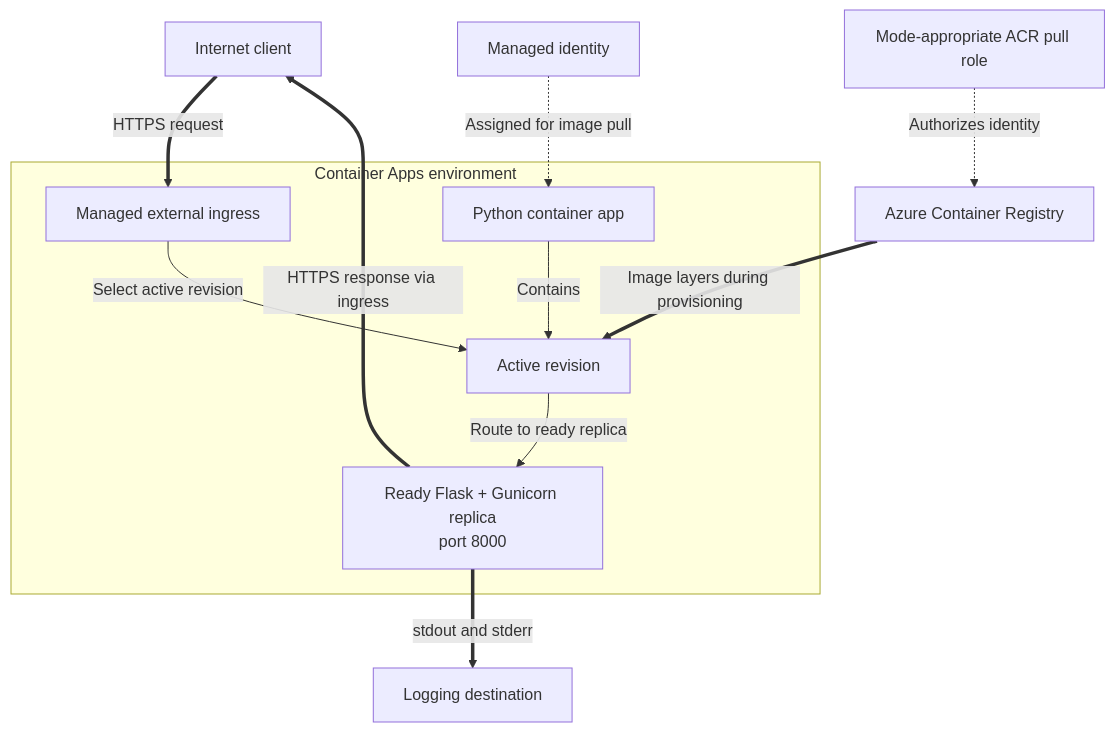
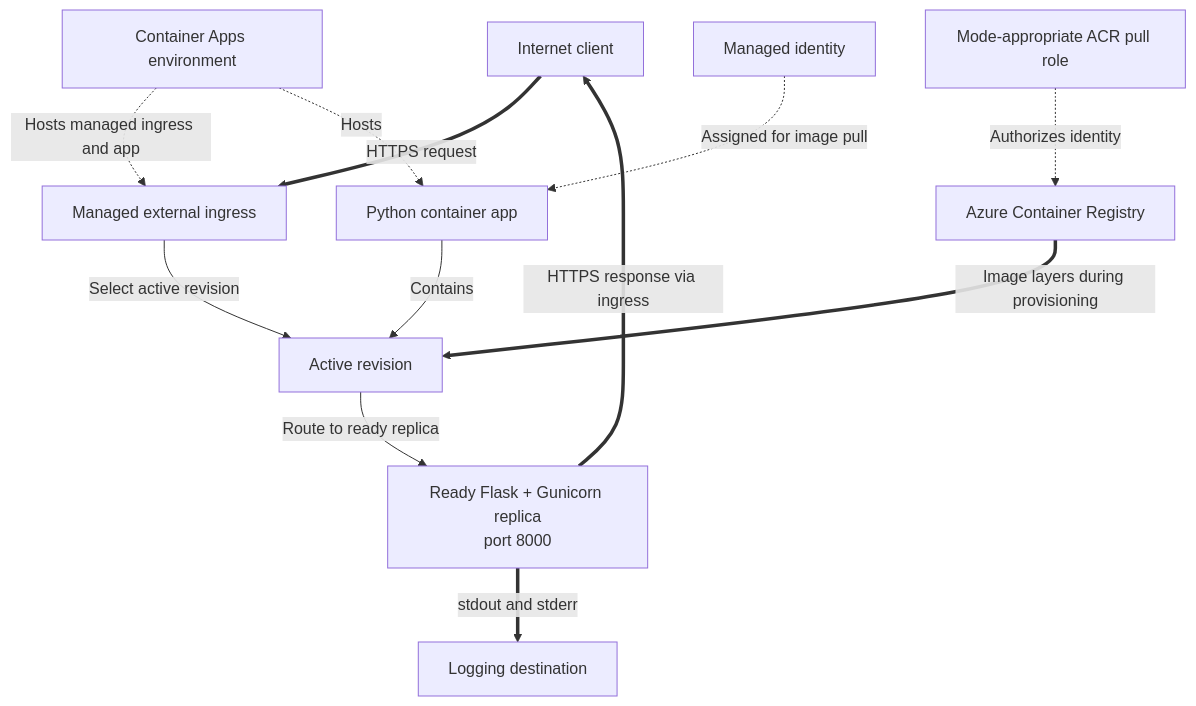
The first of 3 diagrams in docs/language-guides/python/index.md (yeongseon/azure-container-apps-practical-guide), drawn with Mermaid before and after one commit. The commit also changed other lines of this file and 22 other files, not shown here.

````diff
--- a/docs/language-guides/python/index.md
+++ b/docs/language-guides/python/index.md
@@ -60,26 +61,27 @@
 ```mermaid
 flowchart TD
     accTitle: Public Python app deployment model
     accDescr: Internet requests enter managed external ingress and are routed to a ready Python replica. Image-pull identity and registry authorization are separate from request traffic, while console logs are sent to the environment logging destination.
     CLIENT[Internet client]
     ACR[Azure Container Registry]
     IDENTITY[Managed identity]
     ROLE[Mode-appropriate ACR pull role]
     LOGS[Logging destination]
-    subgraph ENV[Container Apps environment]
-        INGRESS[Managed external ingress]
-        APP[Python container app]
-        REVISION[Active revision]
-        REPLICA[Ready Flask + Gunicorn replica<br/>port 8000]
-        INGRESS -->|"Select active revision"| REVISION
-        REVISION -->|"Route to ready replica"| REPLICA
-        APP -->|"Contains"| REVISION
-    end
+    ENV[Container Apps environment]
+    INGRESS[Managed external ingress]
+    APP[Python container app]
+    REVISION[Active revision]
+    REPLICA[Ready Flask + Gunicorn replica<br/>port 8000]
 
     CLIENT ==>|"HTTPS request"| INGRESS
+    ENV -.->|"Hosts managed ingress and app"| INGRESS
+    ENV -.->|"Hosts"| APP
+    INGRESS -->|"Select active revision"| REVISION
+    REVISION -->|"Route to ready replica"| REPLICA
+    APP -->|"Contains"| REVISION
     REPLICA ==>|"HTTPS response via ingress"| CLIENT
     IDENTITY -.->|"Assigned for image pull"| APP
     ROLE -.->|"Authorizes identity"| ACR
     ACR ==>|"Image layers during provisioning"| REVISION
     REPLICA ==>|"stdout and stderr"| LOGS
 ```
````
